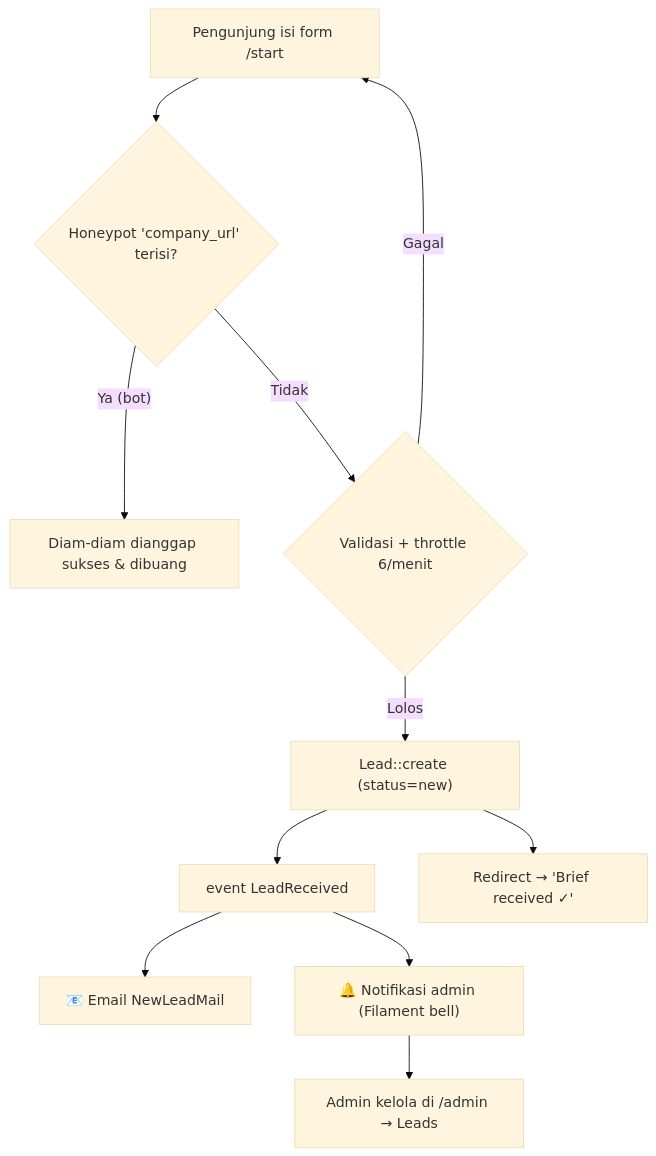
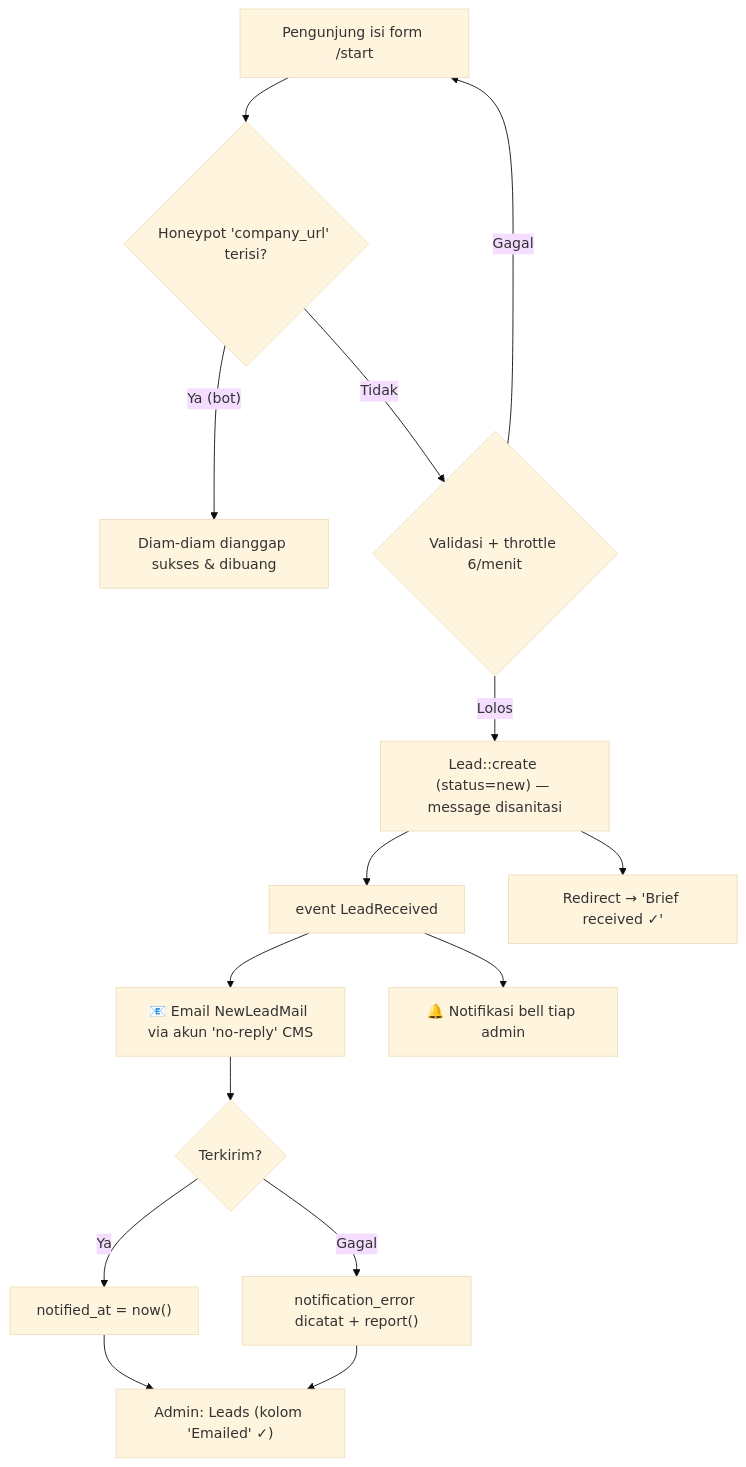
The fourth of 6 diagrams in README.md (creativetrees/Compeny), drawn with Mermaid (base theme) before and after one commit. The commit also changed other lines of this file, not shown here.

````diff
--- a/README.md
+++ b/README.md
@@ -298,13 +259,17 @@
 ```mermaid
 flowchart TD
     A["Pengunjung isi form /start"] --> B{"Honeypot 'company_url' terisi?"}
     B -- "Ya (bot)" --> Z["Diam-diam dianggap sukses & dibuang"]
     B -- "Tidak" --> C{"Validasi + throttle 6/menit"}
     C -- "Gagal" --> A
-    C -- "Lolos" --> D["Lead::create (status=new)"]
+    C -- "Lolos" --> D["Lead::create (status=new) — message disanitasi"]
     D --> E["event LeadReceived"]
-    E --> F["📧 Email NewLeadMail"]
-    E --> G["🔔 Notifikasi admin (Filament bell)"]
+    E --> F["📧 Email NewLeadMail via akun 'no-reply' CMS"]
+    E --> G["🔔 Notifikasi bell tiap admin"]
+    F --> N{"Terkirim?"}
+    N -- "Ya" --> OK["notified_at = now()"]
+    N -- "Gagal" --> ERR["notification_error dicatat + report()"]
     D --> H["Redirect → 'Brief received ✓'"]
-    G --> I["Admin kelola di /admin → Leads"]
+    OK --> I["Admin: Leads (kolom 'Emailed' ✓)"]
+    ERR --> I
 ```
````
